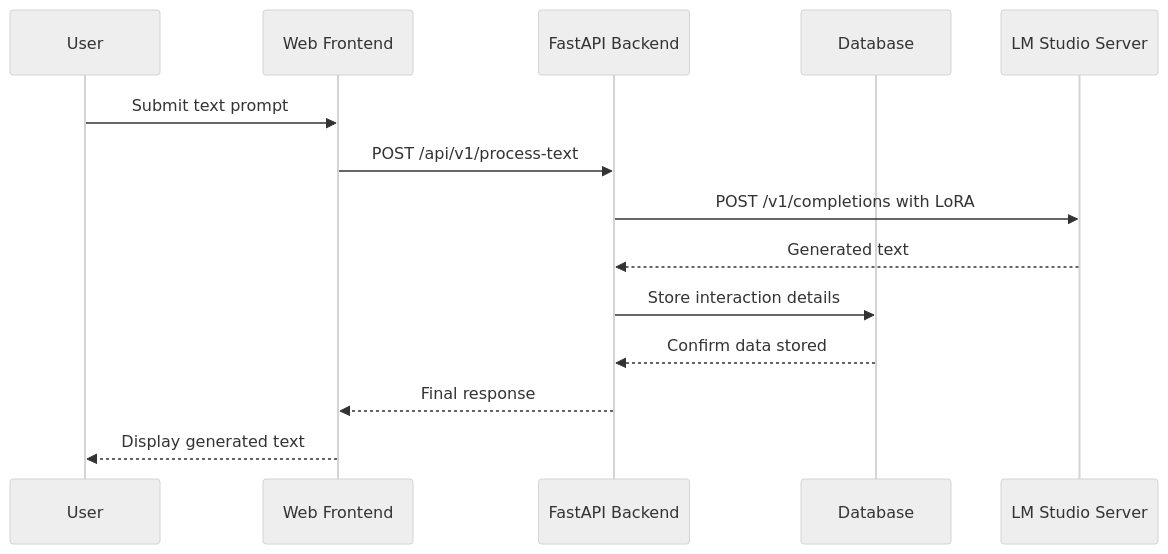
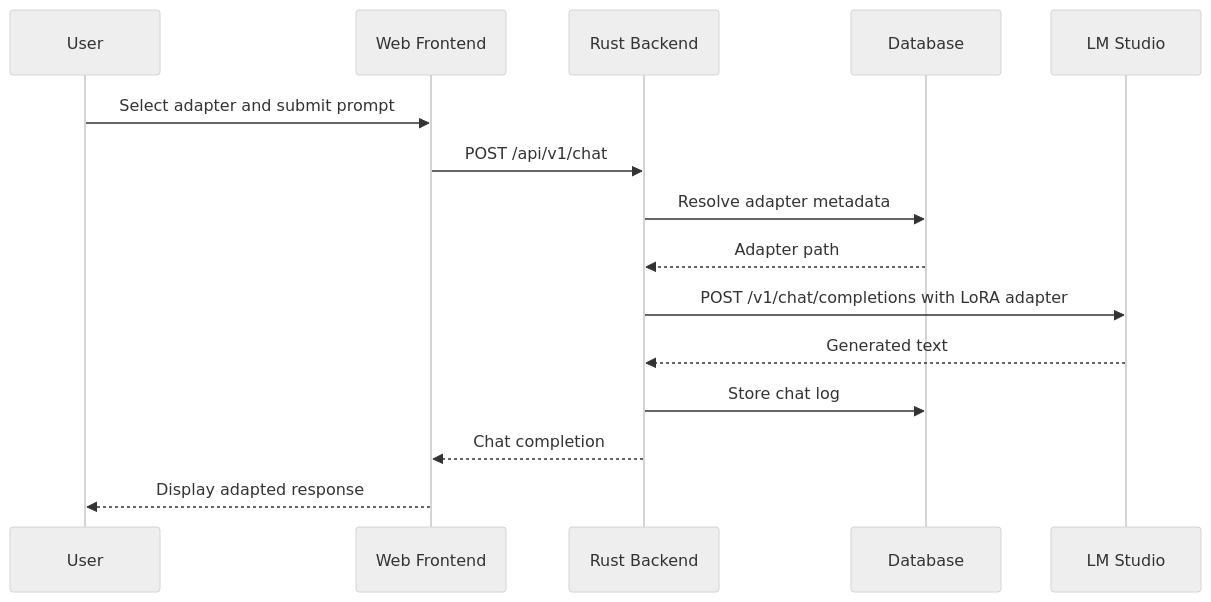
Before and after one commit to rogu3bear/EmailBrain: the first of 2 diagrams in docs/sequence-diagram.md, drawn with Mermaid (neutral theme). The commit also changed other lines of this file and 30 other files, not shown here.

````diff
--- a/docs/sequence-diagram.md
+++ b/docs/sequence-diagram.md
@@ -7,17 +7,18 @@
 ```mermaid
 sequenceDiagram
     participant User
     participant Web Frontend
-    participant FastAPI Backend
+    participant Rust Backend
     participant Database
-    participant LM Studio Server
+    participant LM Studio
 
-    User->>Web Frontend: Submit text prompt
-    Web Frontend->>FastAPI Backend: POST /api/v1/process-text
-    FastAPI Backend->>LM Studio Server: POST /v1/completions with LoRA
-    LM Studio Server-->>FastAPI Backend: Generated text
-    FastAPI Backend->>Database: Store interaction details
-    Database-->>FastAPI Backend: Confirm data stored
-    FastAPI Backend-->>Web Frontend: Final response
-    Web Frontend-->>User: Display generated text
+    User->>Web Frontend: Select adapter and submit prompt
+    Web Frontend->>Rust Backend: POST /api/v1/chat
+    Rust Backend->>Database: Resolve adapter metadata
+    Database-->>Rust Backend: Adapter path
+    Rust Backend->>LM Studio: POST /v1/chat/completions with LoRA adapter
+    LM Studio-->>Rust Backend: Generated text
+    Rust Backend->>Database: Store chat log
+    Rust Backend-->>Web Frontend: Chat completion
+    Web Frontend-->>User: Display adapted response
 ```
````
